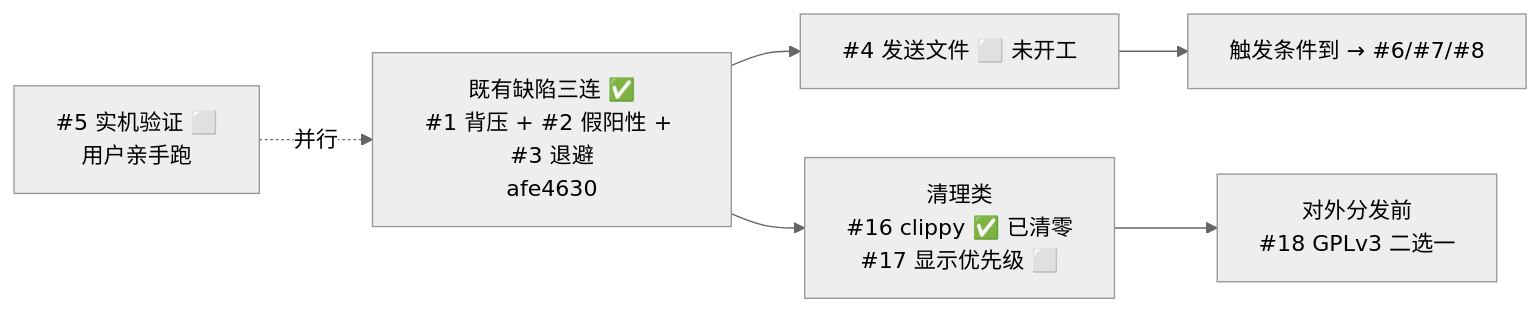
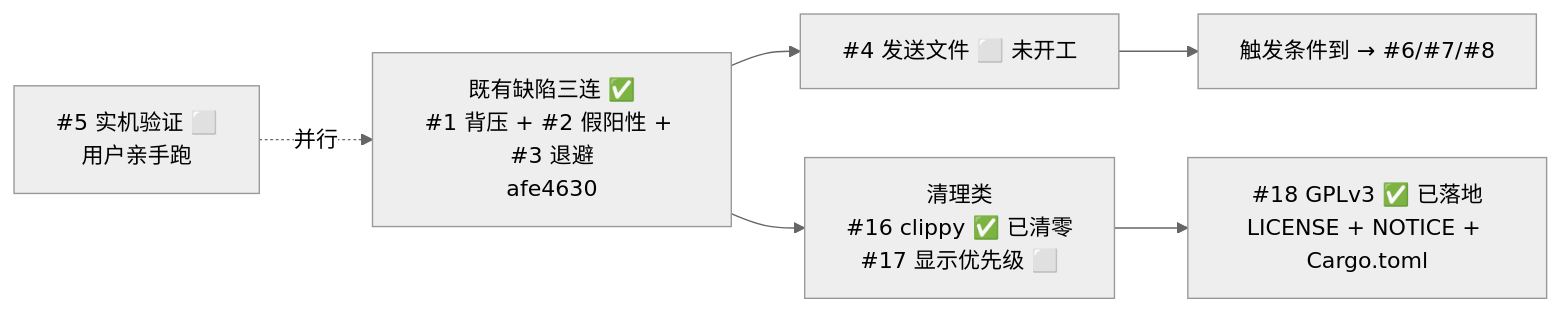
One commit to Tesla1983/Com-tool_RS changed the diagram in GAP_ANALYSIS_VS_COMTOOL.md. Above: the diagram before and after it, drawn with Mermaid (neutral theme). The commit also changed other lines of this file and 12 other files, not shown here.

````diff
--- a/GAP_ANALYSIS_VS_COMTOOL.md
+++ b/GAP_ANALYSIS_VS_COMTOOL.md
@@ -260,8 +263,8 @@
 ```mermaid
 graph LR
   A[既有缺陷三连 ✅<br/>#1 背压 + #2 假阳性 + #3 退避<br/>afe4630] --> B[#4 发送文件 ⬜ 未开工]
   A --> C[清理类<br/>#16 clippy ✅ 已清零<br/>#17 显示优先级 ⬜]
   D[#5 实机验证 ⬜<br/>用户亲手跑] -.并行.-> A
   B --> E[触发条件到 → #6/#7/#8]
-  C --> F[对外分发前<br/>#18 GPLv3 二选一]
+  C --> F[#18 GPLv3 ✅ 已落地<br/>LICENSE + NOTICE + Cargo.toml]
 ```
````
